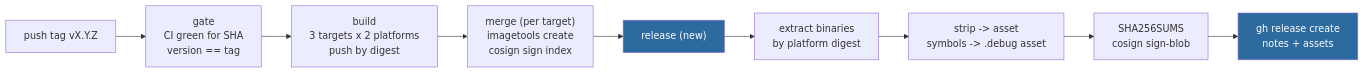
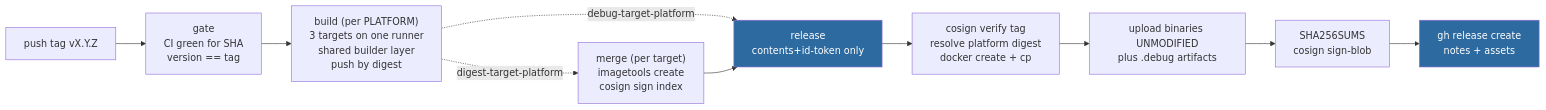
One commit to NOFireAI/ravel changed the first of 2 diagrams in docs/adrs/0086-github-releases-and-release-hygiene.md. Above: the diagram before and after it, drawn with Mermaid. The commit also changed other lines of this file, not shown here.

````diff
--- a/docs/adrs/0086-github-releases-and-release-hygiene.md
+++ b/docs/adrs/0086-github-releases-and-release-hygiene.md
@@ -51,13 +55,14 @@
 ```mermaid
 flowchart LR
   T["push tag vX.Y.Z"] --> G["gate<br/>CI green for SHA<br/>version == tag"]
-  G --> B["build<br/>3 targets x 2 platforms<br/>push by digest"]
-  B --> M["merge (per target)<br/>imagetools create<br/>cosign sign index"]
-  M --> R["release (new)"]
-  R --> E["extract binaries<br/>by platform digest"]
-  E --> S["strip -> asset<br/>symbols -> .debug asset"]
-  S --> C["SHA256SUMS<br/>cosign sign-blob"]
+  G --> B["build (per PLATFORM)<br/>3 targets on one runner<br/>shared builder layer<br/>push by digest"]
+  B -.->|"digest-target-platform"| M
+  B -.->|"debug-target-platform"| R
+  M["merge (per target)<br/>imagetools create<br/>cosign sign index"] --> R["release<br/>contents+id-token only"]
+  R --> E["cosign verify tag<br/>resolve platform digest<br/>docker create + cp"]
+  E --> A["upload binaries UNMODIFIED<br/>plus .debug artifacts"]
+  A --> C["SHA256SUMS<br/>cosign sign-blob"]
   C --> P["gh release create<br/>notes + assets"]
   style R fill:#2d6a9f,color:#fff
   style P fill:#2d6a9f,color:#fff
 ```
````
